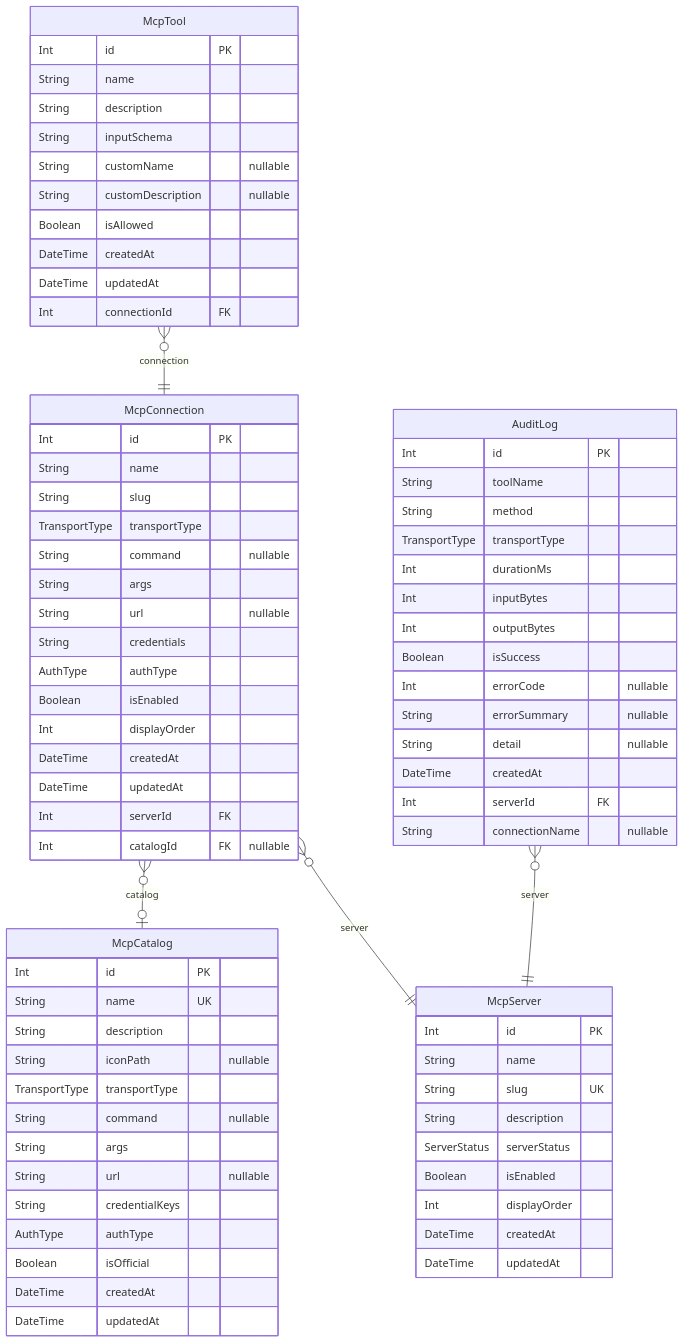
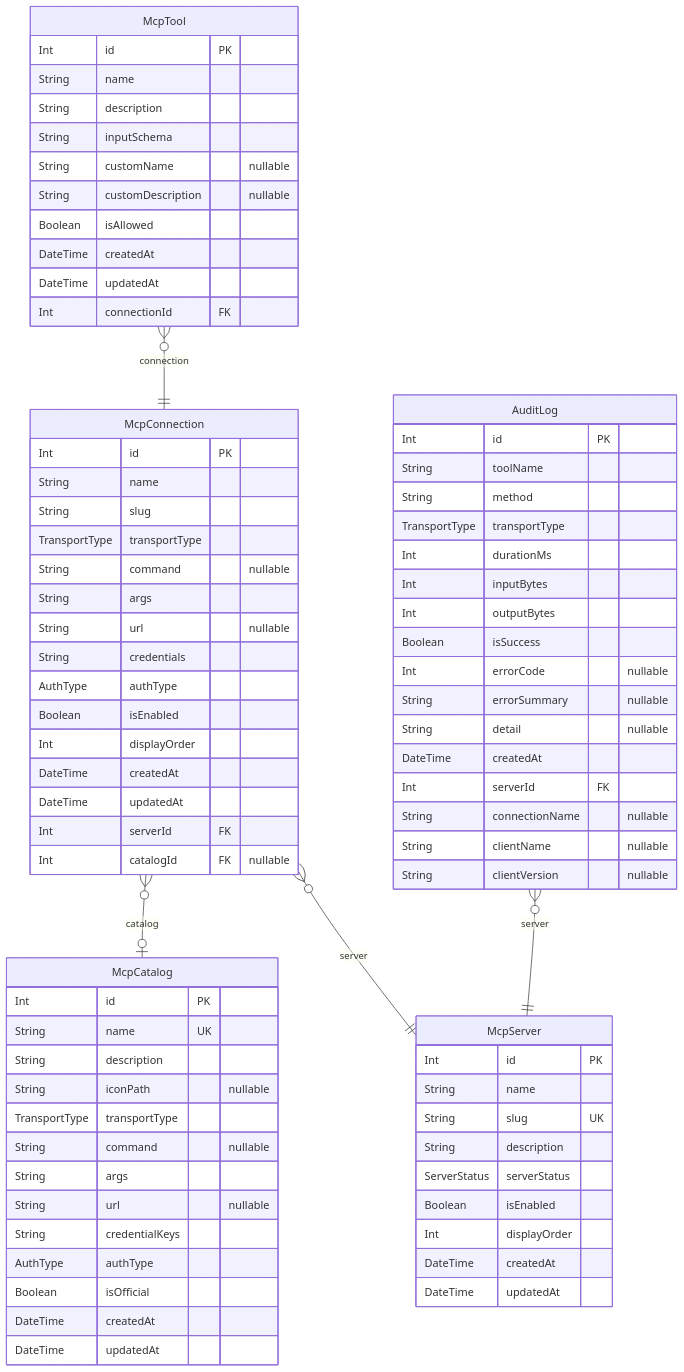
The second of 3 diagrams in apps/desktop/prisma/README.md (rayven122/tumiki), drawn with Mermaid before and after one commit. The commit also changed other lines of this file and 7 other files, not shown here.

````diff
--- a/apps/desktop/prisma/README.md
+++ b/apps/desktop/prisma/README.md
@@ -36,78 +36,80 @@
 ```mermaid
 erDiagram
 "McpCatalog" {
   Int id PK
   String name UK
   String description
   String iconPath "nullable"
   TransportType transportType
   String command "nullable"
   String args
   String url "nullable"
   String credentialKeys
   AuthType authType
   Boolean isOfficial
   DateTime createdAt
   DateTime updatedAt
 }
 "McpConnection" {
   Int id PK
   String name
   String slug
   TransportType transportType
   String command "nullable"
   String args
   String url "nullable"
   String credentials
   AuthType authType
   Boolean isEnabled
   Int displayOrder
   DateTime createdAt
   DateTime updatedAt
   Int serverId FK
   Int catalogId FK "nullable"
 }
 "McpTool" {
   Int id PK
   String name
   String description
   String inputSchema
   String customName "nullable"
   String customDescription "nullable"
   Boolean isAllowed
   DateTime createdAt
   DateTime updatedAt
   Int connectionId FK
 }
 "McpServer" {
   Int id PK
   String name
   String slug UK
   String description
   ServerStatus serverStatus
   Boolean isEnabled
   Int displayOrder
   DateTime createdAt
   DateTime updatedAt
 }
 "AuditLog" {
   Int id PK
   String toolName
   String method
   TransportType transportType
   Int durationMs
   Int inputBytes
   Int outputBytes
   Boolean isSuccess
   Int errorCode "nullable"
   String errorSummary "nullable"
   String detail "nullable"
   DateTime createdAt
   Int serverId FK
   String connectionName "nullable"
+  String clientName "nullable"
+  String clientVersion "nullable"
 }
 "McpConnection" }o--|| "McpServer" : server
 "McpConnection" }o--o| "McpCatalog" : catalog
 "McpTool" }o--|| "McpConnection" : connection
 "AuditLog" }o--|| "McpServer" : server
 ```
````
